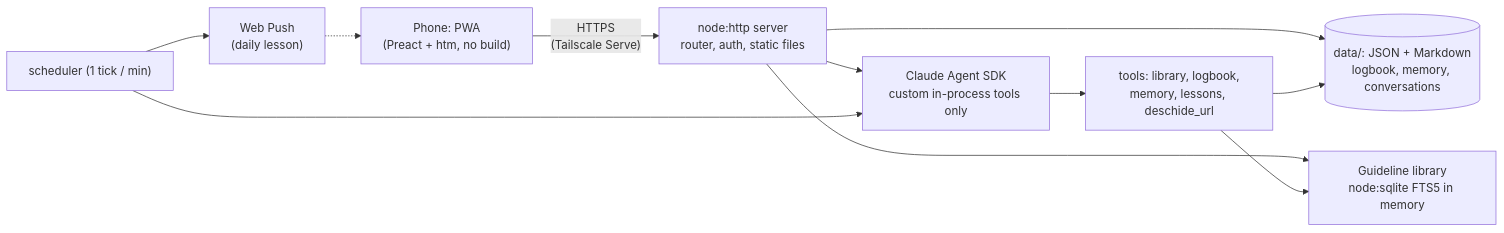
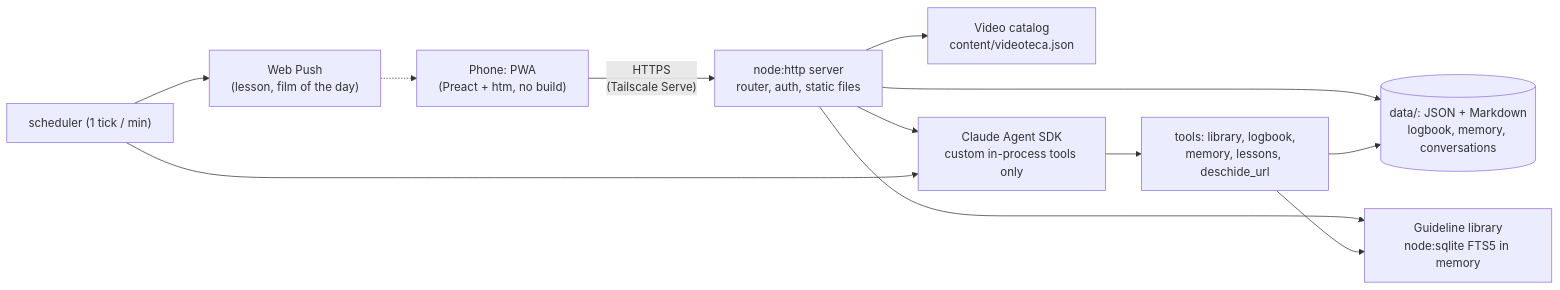
The diagram in docs/architecture.md (metap00/rokhan-clinical-assistant), drawn with Mermaid before and after one commit. The commit also changed other lines of this file and 44 other files, not shown here.

First line of the commit message:
Videotecă tab, guide reading checklist and film of the day

````diff
--- a/docs/architecture.md
+++ b/docs/architecture.md
@@ -6,13 +6,14 @@
 ```mermaid
 flowchart LR
   phone["Phone: PWA<br/>(Preact + htm, no build)"] -- "HTTPS<br/>(Tailscale Serve)" --> http["node:http server<br/>router, auth, static files"]
   http --> stores[("data/: JSON + Markdown<br/>logbook, memory, conversations")]
   http --> lib["Guideline library<br/>node:sqlite FTS5 in memory"]
+  http --> video["Video catalog<br/>content/videoteca.json"]
   http --> agent["Claude Agent SDK<br/>custom in-process tools only"]
   agent --> tools["tools: library, logbook,<br/>memory, lessons, deschide_url"]
   tools --> stores
   tools --> lib
   jobs["scheduler (1 tick / min)"] --> agent
-  jobs --> push["Web Push<br/>(daily lesson)"]
+  jobs --> push["Web Push<br/>(lesson, film of the day)"]
   push -.-> phone
 ```
````
